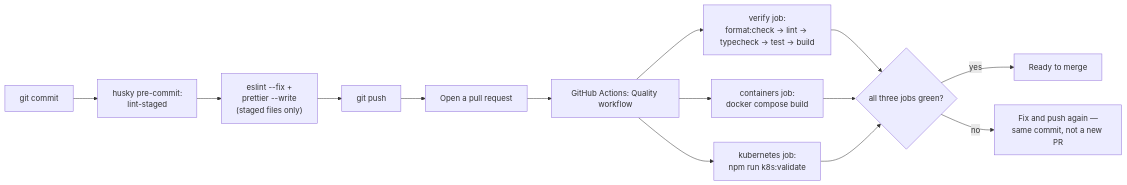
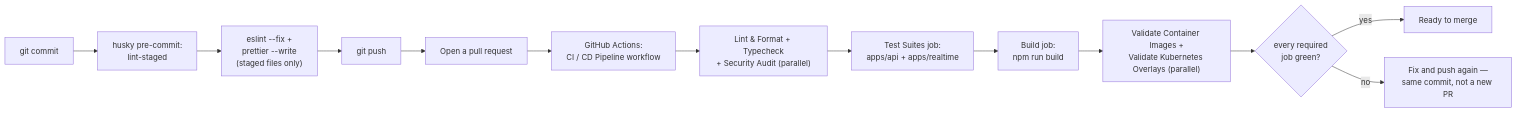
The diagram in CONTRIBUTING.md (hoangsonww/Threadline-RealTime-Collab), drawn with Mermaid before and after one commit. The commit also changed other lines of this file and 3 other files, not shown here.

````diff
--- a/CONTRIBUTING.md
+++ b/CONTRIBUTING.md
@@ -24,16 +24,15 @@
 ```mermaid
 flowchart LR
     Commit["git commit"] --> Hook["husky pre-commit:<br/>lint-staged"]
     Hook --> Fix["eslint --fix +<br/>prettier --write<br/>(staged files only)"]
     Fix --> Push["git push"]
     Push --> PR["Open a pull request"]
-    PR --> CI["GitHub Actions: Quality workflow"]
-    CI --> V["verify job:<br/>format:check → lint → typecheck → test → build"]
-    CI --> C["containers job:<br/>docker compose build"]
-    CI --> K["kubernetes job:<br/>npm run k8s:validate"]
-    V --> Gate{"all three jobs green?"}
-    C --> Gate
-    K --> Gate
+    PR --> CI["GitHub Actions:<br/>CI / CD Pipeline workflow"]
+    CI --> Static["Lint & Format + Typecheck<br/>+ Security Audit (parallel)"]
+    Static --> Test["Test Suites job:<br/>apps/api + apps/realtime"]
+    Test --> Build["Build job:<br/>npm run build"]
+    Build --> Targets["Validate Container Images +<br/>Validate Kubernetes Overlays (parallel)"]
+    Targets --> Gate{"every required<br/>job green?"}
     Gate -- yes --> Merge["Ready to merge"]
     Gate -- no --> Fail["Fix and push again —<br/>same commit, not a new PR"]
 ```
````
